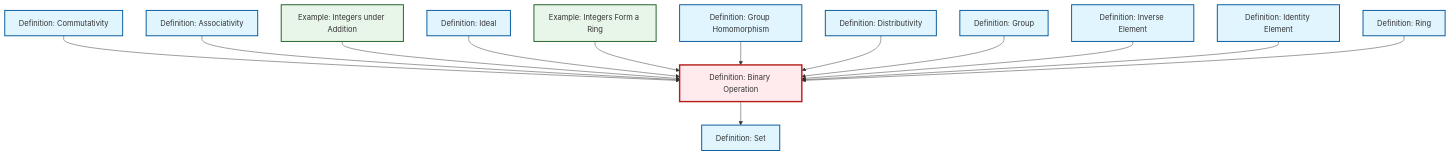
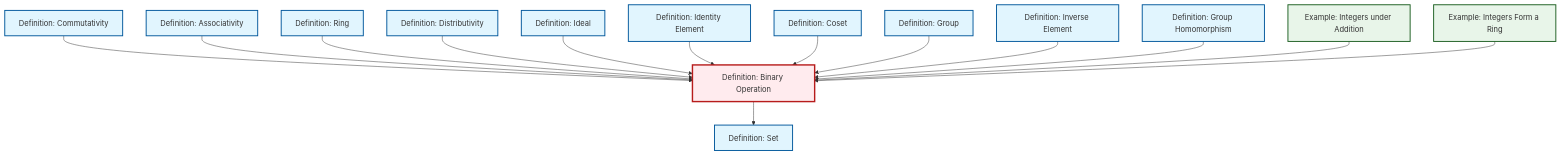
Before and after one commit to RK0429/ModernMath: the diagram in content/ja/algebra/def-binary-operation.qmd, drawn with Mermaid. The commit also changed 417 other files, not shown here.

````diff
--- a/content/ja/algebra/def-binary-operation.qmd
+++ b/content/ja/algebra/def-binary-operation.qmd
@@ -60,47 +60,50 @@
 ```{mermaid}
 %%| fig-cap: "Local dependency graph"
 graph TD
     classDef definition fill:#e1f5fe,stroke:#01579b,stroke-width:2px
     classDef theorem fill:#f3e5f5,stroke:#4a148c,stroke-width:2px
     classDef axiom fill:#fff3e0,stroke:#e65100,stroke-width:2px
     classDef example fill:#e8f5e9,stroke:#1b5e20,stroke-width:2px
     classDef current fill:#ffebee,stroke:#b71c1c,stroke-width:3px
+    def-commutativity["Definition: Commutativity"]:::definition
     def-identity-element["Definition: Identity Element"]:::definition
+    ex-integers-ring["Example: Integers Form a Ring"]:::example
+    def-inverse-element["Definition: Inverse Element"]:::definition
+    def-distributivity["Definition: Distributivity"]:::definition
+    def-homomorphism["Definition: Group Homomorphism"]:::definition
+    def-coset["Definition: Coset"]:::definition
+    def-ring["Definition: Ring"]:::definition
+    ex-integers-addition["Example: Integers under Addition"]:::example
+    def-binary-operation["Definition: Binary Operation"]:::definition
     def-ideal["Definition: Ideal"]:::definition
-    def-set["Definition: Set"]:::definition
     def-associativity["Definition: Associativity"]:::definition
     def-group["Definition: Group"]:::definition
-    ex-integers-addition["Example: Integers under Addition"]:::example
-    def-homomorphism["Definition: Group Homomorphism"]:::definition
-    def-inverse-element["Definition: Inverse Element"]:::definition
-    def-ring["Definition: Ring"]:::definition
-    def-commutativity["Definition: Commutativity"]:::definition
-    def-distributivity["Definition: Distributivity"]:::definition
-    ex-integers-ring["Example: Integers Form a Ring"]:::example
-    def-binary-operation["Definition: Binary Operation"]:::definition
+    def-set["Definition: Set"]:::definition
     def-commutativity --> def-binary-operation
-    def-binary-operation --> def-set
     def-associativity --> def-binary-operation
-    ex-integers-addition --> def-binary-operation
+    def-ring --> def-binary-operation
+    def-distributivity --> def-binary-operation
     def-ideal --> def-binary-operation
-    ex-integers-ring --> def-binary-operation
-    def-homomorphism --> def-binary-operation
-    def-distributivity --> def-binary-operation
+    def-identity-element --> def-binary-operation
+    def-coset --> def-binary-operation
     def-group --> def-binary-operation
     def-inverse-element --> def-binary-operation
-    def-identity-element --> def-binary-operation
-    def-ring --> def-binary-operation
+    def-binary-operation --> def-set
+    def-homomorphism --> def-binary-operation
+    ex-integers-addition --> def-binary-operation
+    ex-integers-ring --> def-binary-operation
     class def-binary-operation current
+    click def-commutativity "def-commutativity.html" "Definition: Commutativityへ"
     click def-identity-element "def-identity-element.html" "Definition: Identity Elementへ"
+    click ex-integers-ring "ex-integers-ring.html" "Example: Integers Form a Ringへ"
+    click def-inverse-element "def-inverse-element.html" "Definition: Inverse Elementへ"
+    click def-distributivity "def-distributivity.html" "Definition: Distributivityへ"
+    click def-homomorphism "def-homomorphism.html" "Definition: Group Homomorphismへ"
+    click def-coset "def-coset.html" "Definition: Cosetへ"
+    click def-ring "def-ring.html" "Definition: Ringへ"
+    click ex-integers-addition "ex-integers-addition.html" "Example: Integers under Additionへ"
     click def-ideal "def-ideal.html" "Definition: Idealへ"
-    click def-set "def-set.html" "Definition: Setへ"
     click def-associativity "def-associativity.html" "Definition: Associativityへ"
     click def-group "def-group.html" "Definition: Groupへ"
-    click ex-integers-addition "ex-integers-addition.html" "Example: Integers under Additionへ"
-    click def-homomorphism "def-homomorphism.html" "Definition: Group Homomorphismへ"
-    click def-inverse-element "def-inverse-element.html" "Definition: Inverse Elementへ"
-    click def-ring "def-ring.html" "Definition: Ringへ"
-    click def-commutativity "def-commutativity.html" "Definition: Commutativityへ"
-    click def-distributivity "def-distributivity.html" "Definition: Distributivityへ"
-    click ex-integers-ring "ex-integers-ring.html" "Example: Integers Form a Ringへ"
+    click def-set "def-set.html" "Definition: Setへ"
 ```
````
